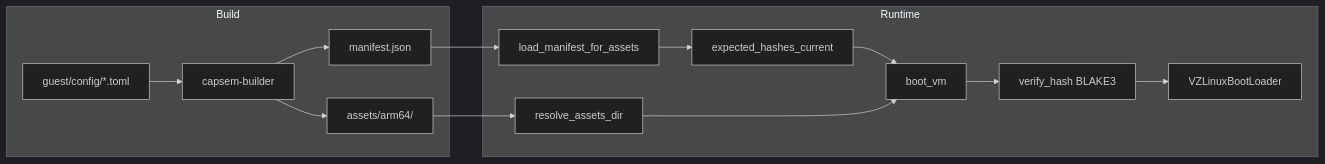
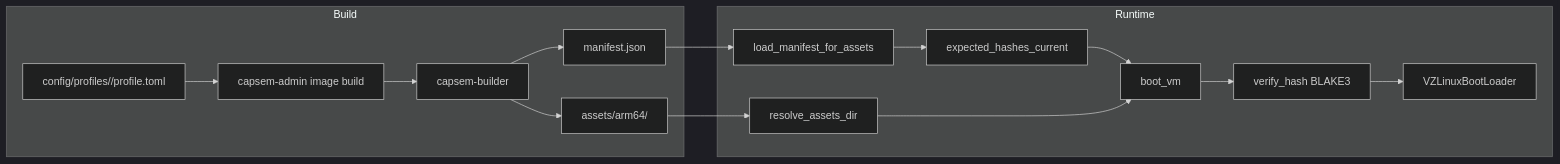
The diagram in docs/src/content/docs/architecture/asset-pipeline.md (google/capsem), drawn with Mermaid (dark theme) before and after one commit. The commit also changed other lines of this file and 19 other files, not shown here.

Commit message:
docs: align image docs with profile rail

````diff
--- a/docs/src/content/docs/architecture/asset-pipeline.md
+++ b/docs/src/content/docs/architecture/asset-pipeline.md
@@ -248,18 +254,19 @@
 ```mermaid
 flowchart LR
     subgraph Build
-        TOML[guest/config/*.toml] --> Builder[capsem-builder]
+        PROFILE["config/profiles/<id>/profile.toml"] --> Admin["capsem-admin image build"]
+        Admin --> Builder[capsem-builder]
         Builder --> Assets[assets/arm64/]
         Builder --> Checksums[manifest.json]
     end
 
     subgraph Runtime
         Checksums --> LoadManifest[load_manifest_for_assets]
         LoadManifest --> ExpectedHashes[expected_hashes_current]
         ExpectedHashes --> Boot[boot_vm]
         Assets --> Resolve[resolve_assets_dir]
         Resolve --> Boot
         Boot --> Verify[verify_hash BLAKE3]
         Verify --> VZ[VZLinuxBootLoader]
     end
 ```
````
